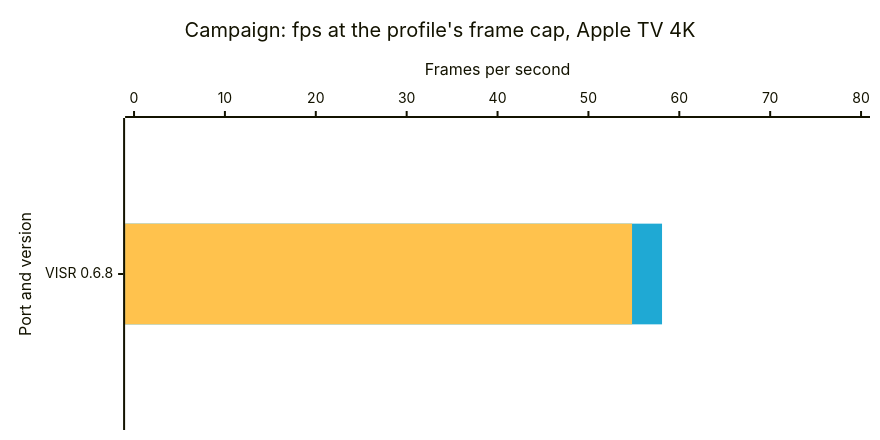
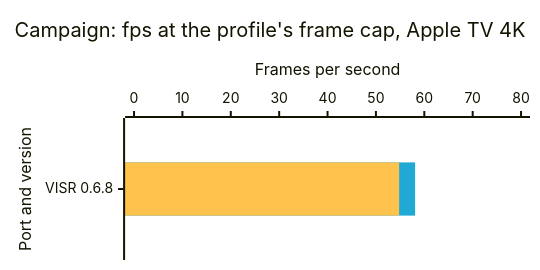
The fifth of 7 diagrams in docs/benchmarks.md (VISR-CE/visr), drawn with Mermaid before and after one commit. The commit also changed other lines of this file and 16 other files, not shown here.

First line of the commit message:
💄 style(benchmarks): size each chart to its device screen so it fills the frame — the chart canvas follows the screen's aspect instead of 860 by 420, the SVG scales to the whole screen box, and the iPad, iPhone and Mac frames take the full width on a phone

````diff
--- a/docs/benchmarks.md
+++ b/docs/benchmarks.md
@@ -138,17 +138,17 @@
 ```mermaid
 ---
 config:
   xyChart:
-    width: 860
-    height: 420
+    width: 520
+    height: 250
   themeVariables:
     xyChart:
       plotColorPalette: "#1fa9d4, #ffc24d"
 ---
 xychart-beta horizontal
     title "Campaign: fps at the profile's frame cap, Apple TV 4K"
     x-axis "Port and version" ["VISR 0.6.8"]
     y-axis "Frames per second" 0 --> 80
     bar [58.1]
     bar [54.8]
 ```
````
